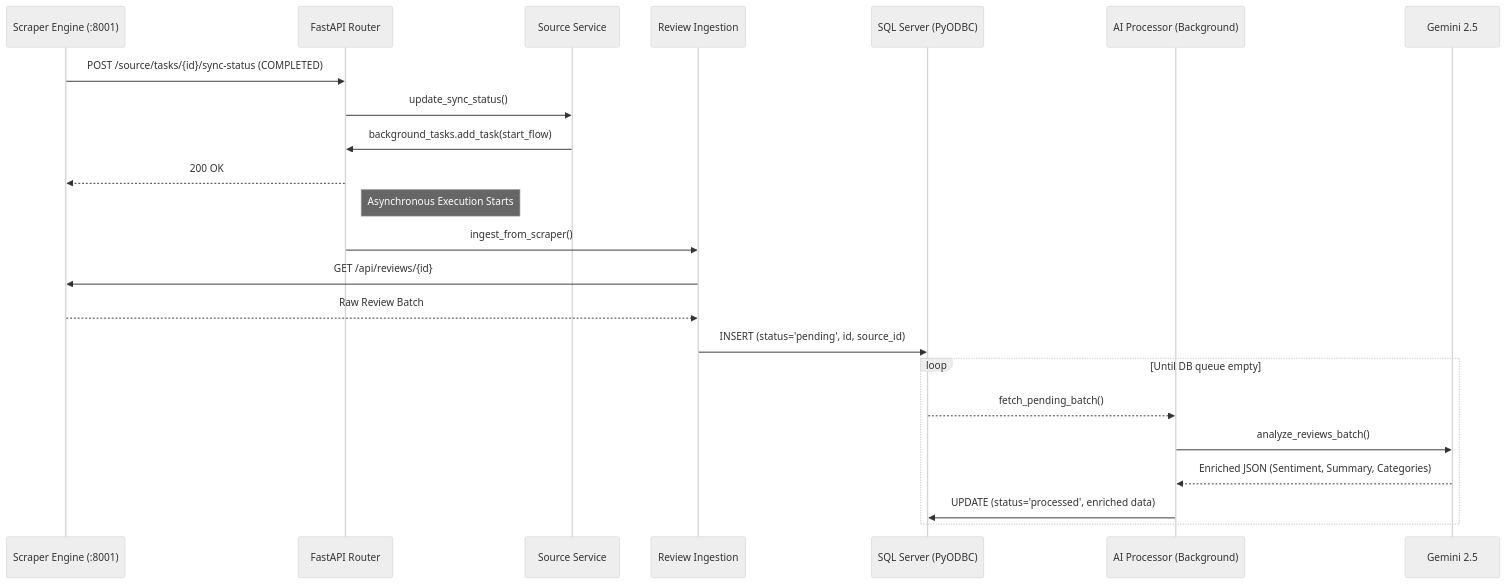
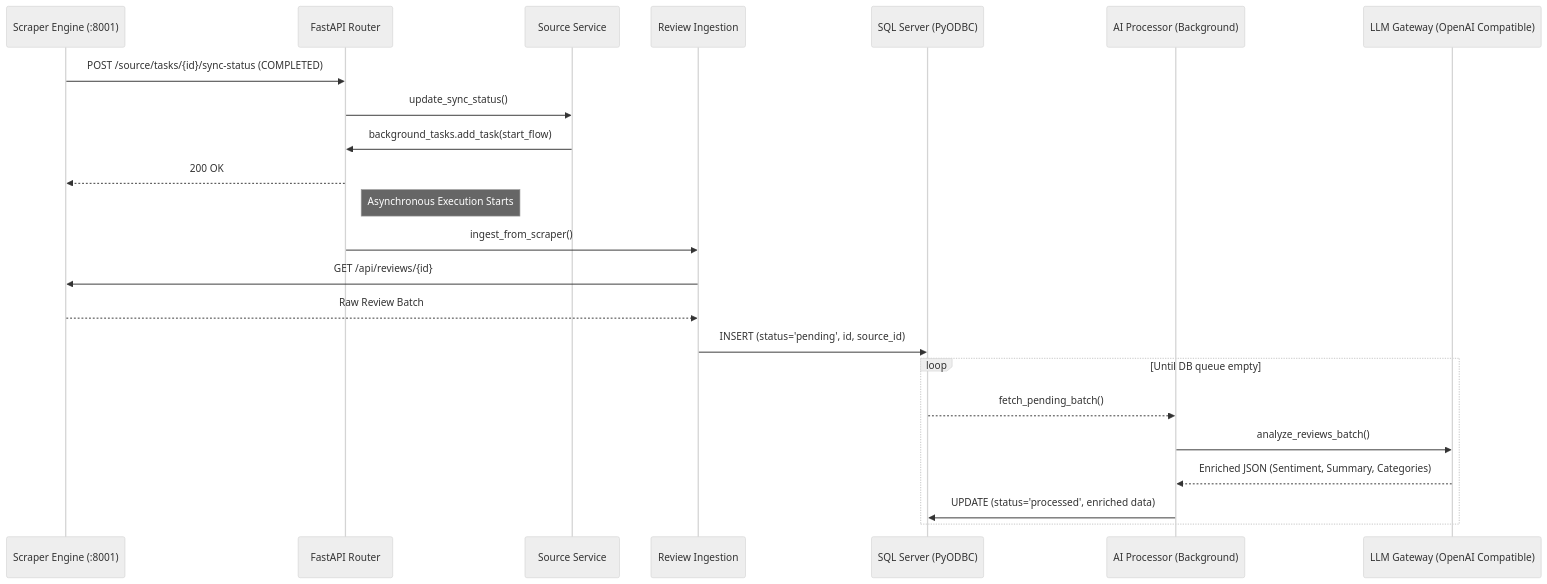
One commit to Rzmy7/hotel-and-restaurant-review-management-system changed the diagram in backend/docs/about.md. Above: the diagram before and after it, drawn with Mermaid (neutral theme). The commit also changed other lines of this file and 27 other files, not shown here.

Commit message:
refactor: remove legacy Gemini references and obsolete schemas across codebase

````diff
--- a/backend/docs/about.md
+++ b/backend/docs/about.md
@@ -43,26 +43,26 @@
 ```mermaid
 sequenceDiagram
     participant S as Scraper Engine (:8001)
     participant API as FastAPI Router
     participant SS as Source Service
     participant RP as Review Ingestion
     participant DB as SQL Server (PyODBC)
     participant BP as AI Processor (Background)
-    participant AI as Gemini 2.5
+    participant AI as LLM Gateway (OpenAI Compatible)
 
     S->>API: POST /source/tasks/{id}/sync-status (COMPLETED)
     API->>SS: update_sync_status()
     SS->>API: background_tasks.add_task(start_flow)
     API-->>S: 200 OK
     Note right of API: Asynchronous Execution Starts
     API->>RP: ingest_from_scraper()
     RP->>S: GET /api/reviews/{id}
     S-->>RP: Raw Review Batch
     RP->>DB: INSERT (status='pending', id, source_id)
     loop Until DB queue empty
         DB-->>BP: fetch_pending_batch()
         BP->>AI: analyze_reviews_batch()
         AI-->>BP: Enriched JSON (Sentiment, Summary, Categories)
         BP->>DB: UPDATE (status='processed', enriched data)
     end
 ```
````
